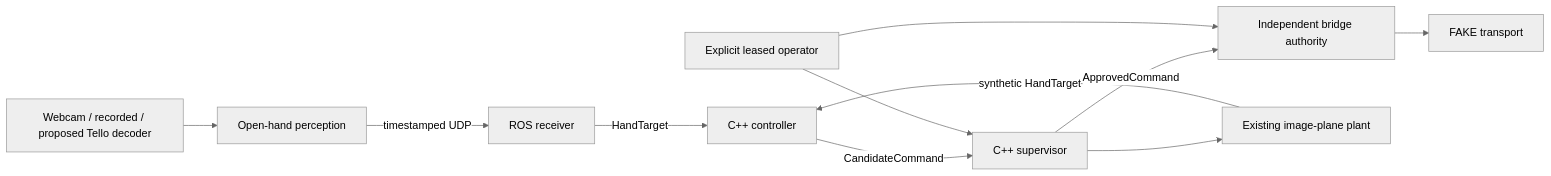
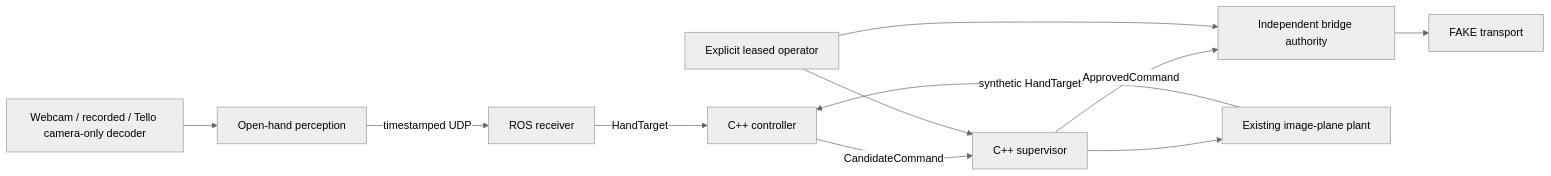
The diagram in README.md (Codeedup/vision-guided-tello), drawn with Mermaid (neutral theme) before and after one commit. The commit also changed other lines of this file and 9 other files, not shown here.

````diff
--- a/README.md
+++ b/README.md
@@ -13,13 +13,13 @@
 ```mermaid
 flowchart LR
-  V[Webcam / recorded / proposed Tello decoder] --> P[Open-hand perception]
+  V[Webcam / recorded / Tello camera-only decoder] --> P[Open-hand perception]
   P -->|timestamped UDP| R[ROS receiver]
   R -->|HandTarget| C[C++ controller]
   C -->|CandidateCommand| S[C++ supervisor]
   S -->|ApprovedCommand| B[Independent bridge authority]
   O[Explicit leased operator] --> S
   O --> B
   B --> F[FAKE transport]
   M[Existing image-plane plant] -->|synthetic HandTarget| C
   S --> M
 ```
````
